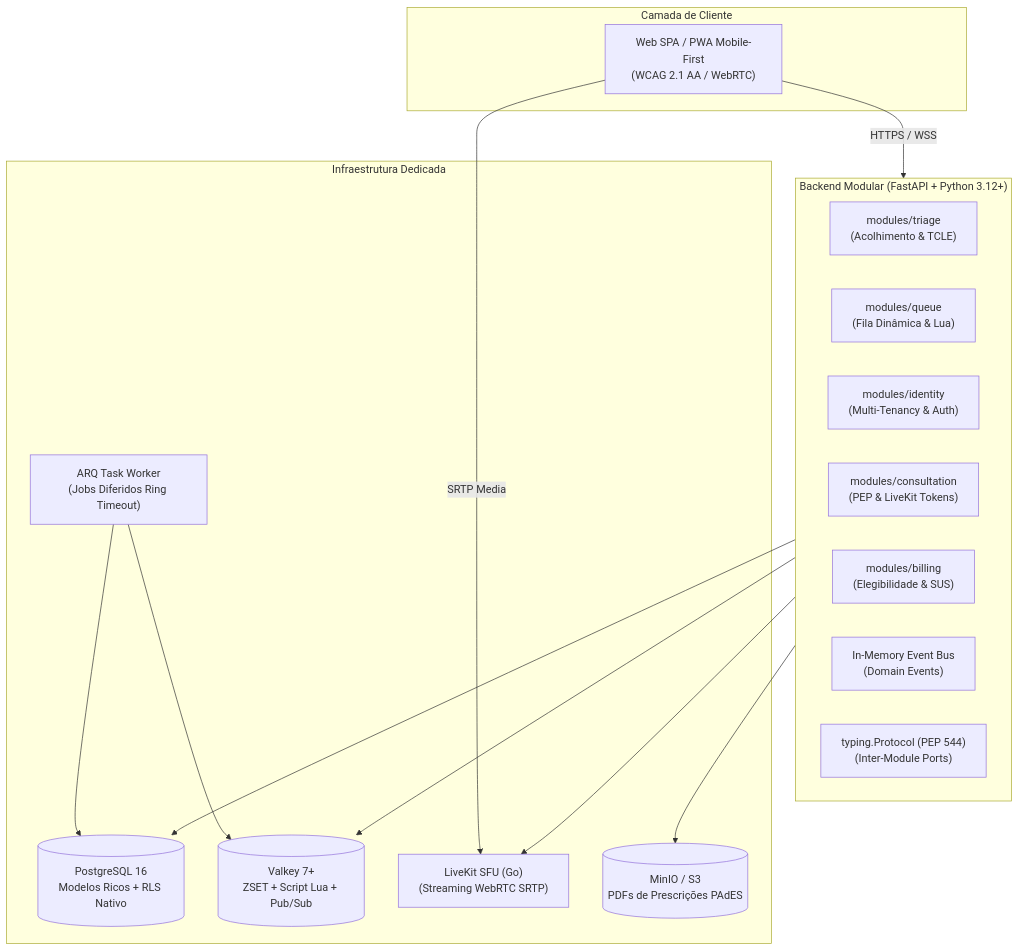
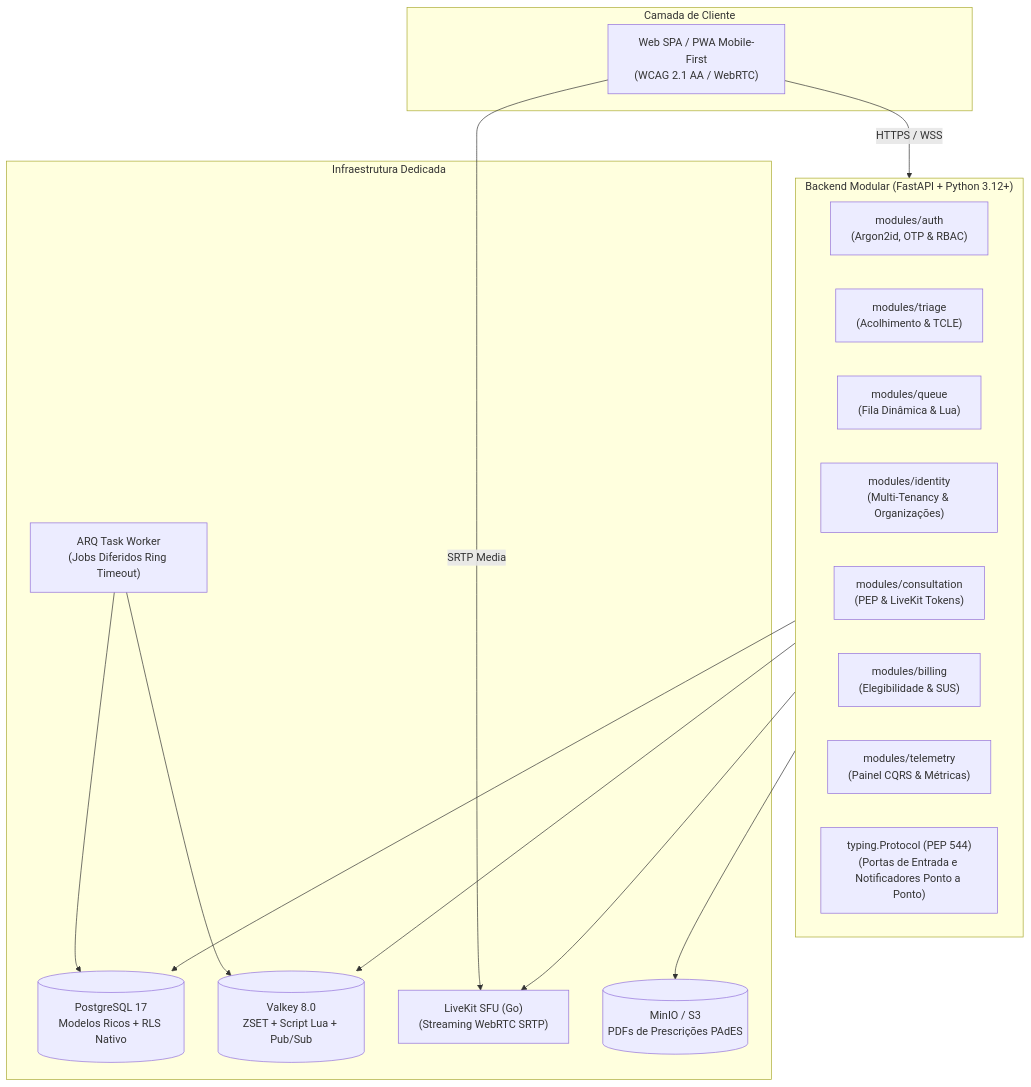
The second of 2 diagrams in README.md (Rafaelp122/medisync), drawn with Mermaid before and after one commit. The commit also changed other lines of this file and 9 other files, not shown here.

````diff
--- a/README.md
+++ b/README.md
@@ -48,36 +48,37 @@
 ```mermaid
 flowchart TD
     subgraph Clients["Camada de Cliente"]
         Web["Web SPA / PWA Mobile-First<br/>(WCAG 2.1 AA / WebRTC)"]
     end
 
     subgraph CoreBackend["Backend Modular (FastAPI + Python 3.12+)"]
+        Auth["modules/auth<br/>(Argon2id, OTP & RBAC)"]
         Triage["modules/triage<br/>(Acolhimento & TCLE)"]
         Queue["modules/queue<br/>(Fila Dinâmica & Lua)"]
-        Identity["modules/identity<br/>(Multi-Tenancy & Auth)"]
+        Identity["modules/identity<br/>(Multi-Tenancy & Organizações)"]
         Consultation["modules/consultation<br/>(PEP & LiveKit Tokens)"]
         Billing["modules/billing<br/>(Elegibilidade & SUS)"]
+        Telemetry["modules/telemetry<br/>(Painel CQRS & Métricas)"]
 
-        EventBus["In-Memory Event Bus<br/>(Domain Events)"]
-        Protocols["typing.Protocol (PEP 544)<br/>(Inter-Module Ports)"]
+        Protocols["typing.Protocol (PEP 544)<br/>(Portas de Entrada e Notificadores Ponto a Ponto)"]
     end
 
     subgraph Infra["Infraestrutura Dedicada"]
-        Postgres[(PostgreSQL 16<br/>Modelos Ricos + RLS Nativo)]
-        Valkey[(Valkey 7+<br/>ZSET + Script Lua + Pub/Sub)]
+        Postgres[(PostgreSQL 17<br/>Modelos Ricos + RLS Nativo)]
+        Valkey[(Valkey 8.0<br/>ZSET + Script Lua + Pub/Sub)]
         LiveKitSFU["LiveKit SFU (Go)<br/>(Streaming WebRTC SRTP)"]
         ARQWorker["ARQ Task Worker<br/>(Jobs Diferidos Ring Timeout)"]
         S3Storage[(MinIO / S3<br/>PDFs de Prescrições PAdES)]
     end
 
     Web -->|HTTPS / WSS| CoreBackend
     Web -->|SRTP Media| LiveKitSFU
 
     CoreBackend --> Postgres
     CoreBackend --> Valkey
     CoreBackend --> LiveKitSFU
     CoreBackend --> S3Storage
 
     ARQWorker --> Valkey
     ARQWorker --> Postgres
 ```
````
